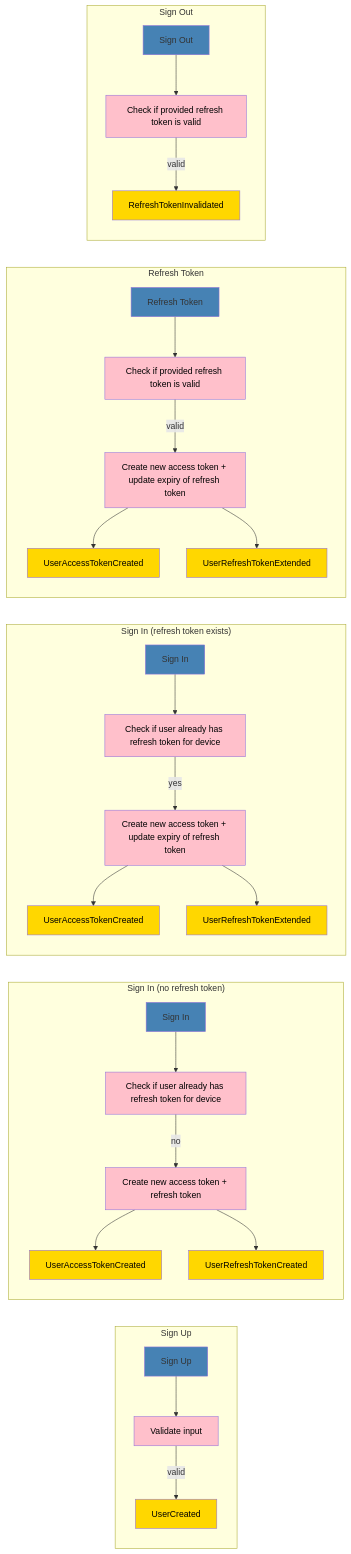
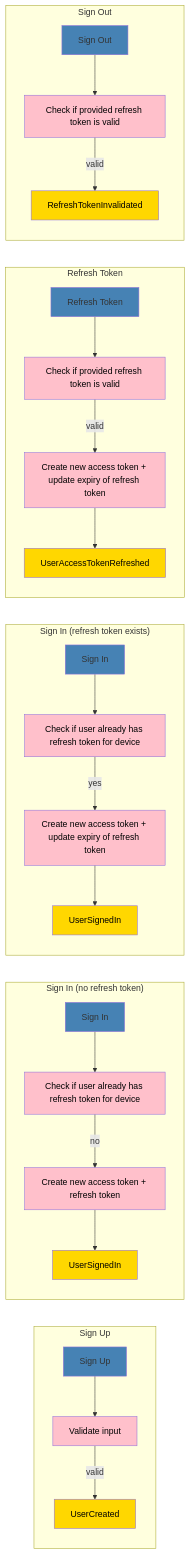
Before and after one commit to waspeer/user-module-jwt: the second of 2 diagrams in README.md, drawn with Mermaid. The commit also changed other lines of this file and 5 other files, not shown here.

Commit message:
Update sign in flow

````diff
--- a/README.md
+++ b/README.md
@@ -55,49 +55,40 @@
 ```mermaid
 graph LR
 
 subgraph "Sign Up"
   su1["Sign Up"]:::command -->
   su2["Validate input"]:::policy -- "valid" -->
   su3["UserCreated"]:::event
 end
 
 subgraph "Sign In (no refresh token)"
-  s4["UserAccessTokenCreated"]:::event
-  s5["UserRefreshTokenCreated"]:::event
-
   s1["Sign In"]:::command -->
   s2["Check if user already has refresh token for device"]:::policy -- "no" -->
   s3["Create new access token + refresh token"]:::policy -->
-  s4 & s5
+  s6["UserSignedIn"]:::event
 end
 
 subgraph "Sign In (refresh token exists)"
-  sr4["UserAccessTokenCreated"]:::event
-  sr5["UserRefreshTokenExtended"]:::event
-
   sr1["Sign In"]:::command -->
   sr2["Check if user already has refresh token for device"]:::policy -- "yes" -->
   sr3["Create new access token + update expiry of refresh token"]:::policy -->
-  sr4 & sr5
+  sr6["UserSignedIn"]:::event
 end
 
 subgraph "Refresh Token"
-  r4["UserAccessTokenCreated"]:::event
-  r5["UserRefreshTokenExtended"]:::event
-
   r1["Refresh Token"]:::command -->
   r2["Check if provided refresh token is valid"]:::policy -- "valid" -->
   r3["Create new access token + update expiry of refresh token"]:::policy -->
-  r4 & r5
+  r4["UserAccessTokenRefreshed"]:::event
 end
 
 subgraph "Sign Out"
   so1["Sign Out"]:::command -->
   so2["Check if provided refresh token is valid"]:::policy -- "valid" -->
   so3["RefreshTokenInvalidated"]:::event
 end
 
 classDef command fill:steelblue
 classDef event fill:gold,color:black
 classDef policy fill:pink,color:black
 ```
````
